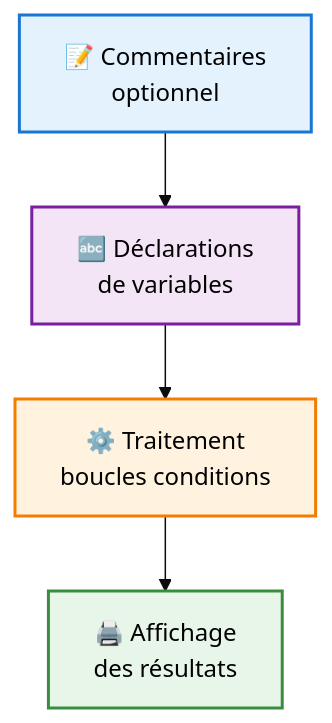
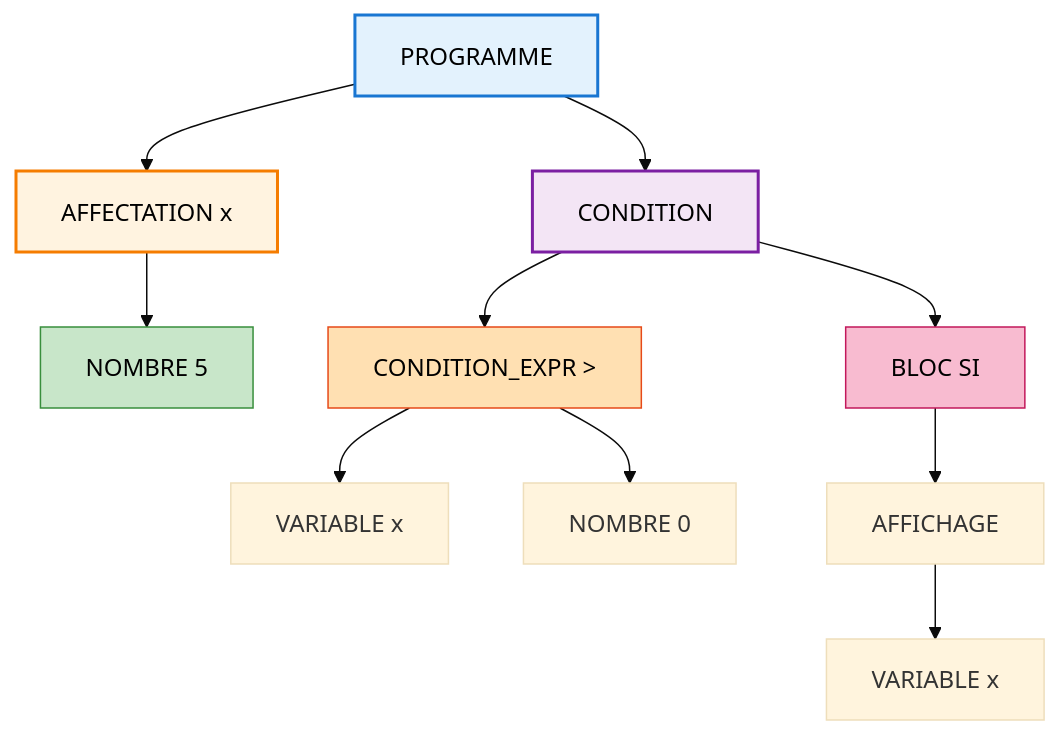
The fourth of 13 diagrams in ARCHITECTURE.md (Yahia995/galant-compiler), drawn with Mermaid (base theme) before and after one commit. The commit also changed other lines of this file, not shown here.

````diff
--- a/ARCHITECTURE.md
+++ b/ARCHITECTURE.md
@@ -239,11 +431,23 @@
 ```mermaid
 graph TD
-    A["📝 Commentaires<br/>optionnel"] --> B["🔤 Déclarations<br/>de variables"]
-    B --> C["⚙️ Traitement<br/>boucles conditions"]
-    C --> D["🖨️ Affichage<br/>des résultats"]
+    A[PROGRAMME] --> B[AFFECTATION x]
+    A --> C[CONDITION]
     
-    style A fill:#e3f2fd,stroke:#1976d2,stroke-width:2px,color:#000000
-    style B fill:#f3e5f5,stroke:#7b1fa2,stroke-width:2px,color:#000000
-    style C fill:#fff3e0,stroke:#f57c00,stroke-width:2px,color:#000000
-    style D fill:#e8f5e9,stroke:#388e3c,stroke-width:2px,color:#000000
+    B --> B1[NOMBRE 5]
+    
+    C --> C1[CONDITION_EXPR >]
+    C --> C2[BLOC SI]
+    
+    C1 --> C1A[VARIABLE x]
+    C1 --> C1B[NOMBRE 0]
+    
+    C2 --> C2A[AFFICHAGE]
+    C2A --> C2A1[VARIABLE x]
+    
+    style A fill:#e3f2fd,stroke:#1976d2,stroke-width:2px,color:#000
+    style B fill:#fff3e0,stroke:#f57c00,stroke-width:2px,color:#000
+    style C fill:#f3e5f5,stroke:#7b1fa2,stroke-width:2px,color:#000
+    style B1 fill:#c8e6c9,stroke:#388e3c,color:#000
+    style C1 fill:#ffe0b2,stroke:#e64a19,color:#000
+    style C2 fill:#f8bbd0,stroke:#c2185b,color:#000
 ```
````
